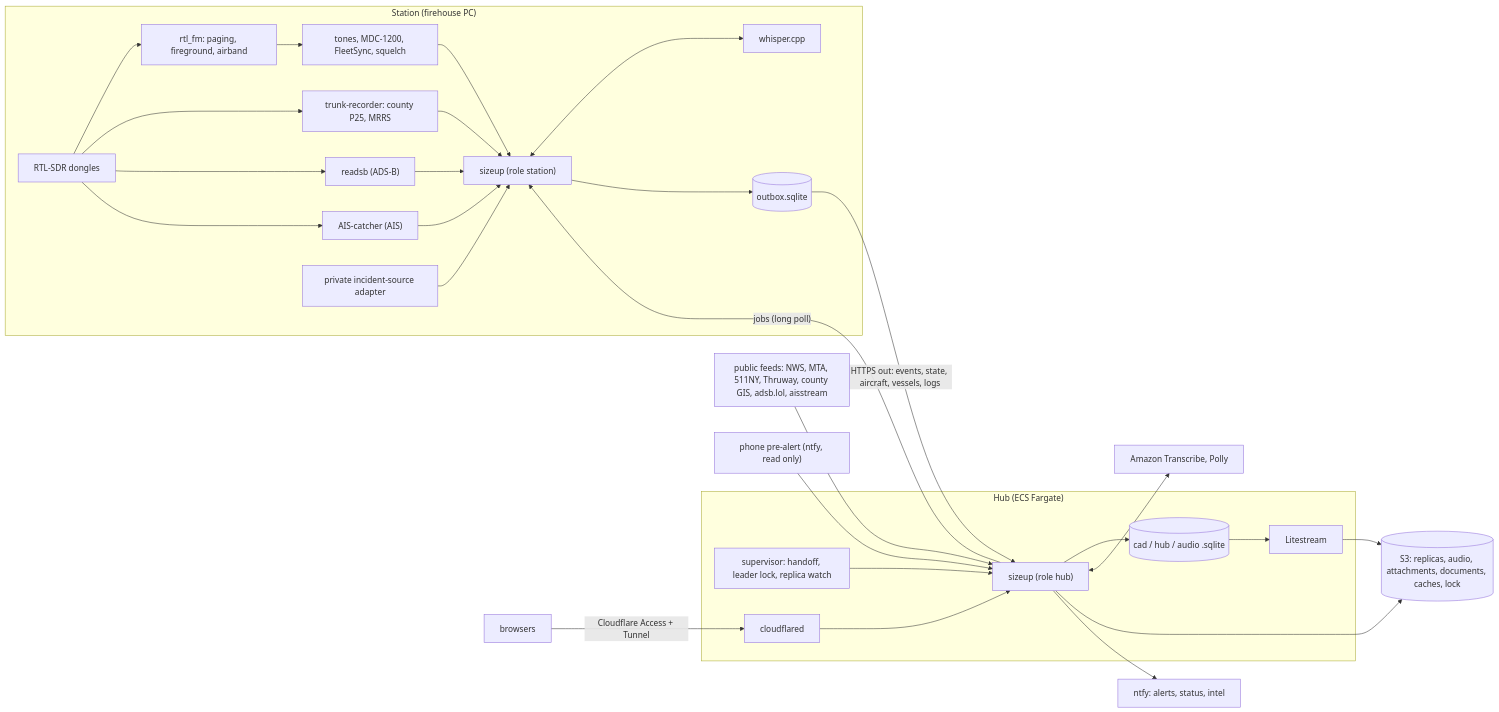
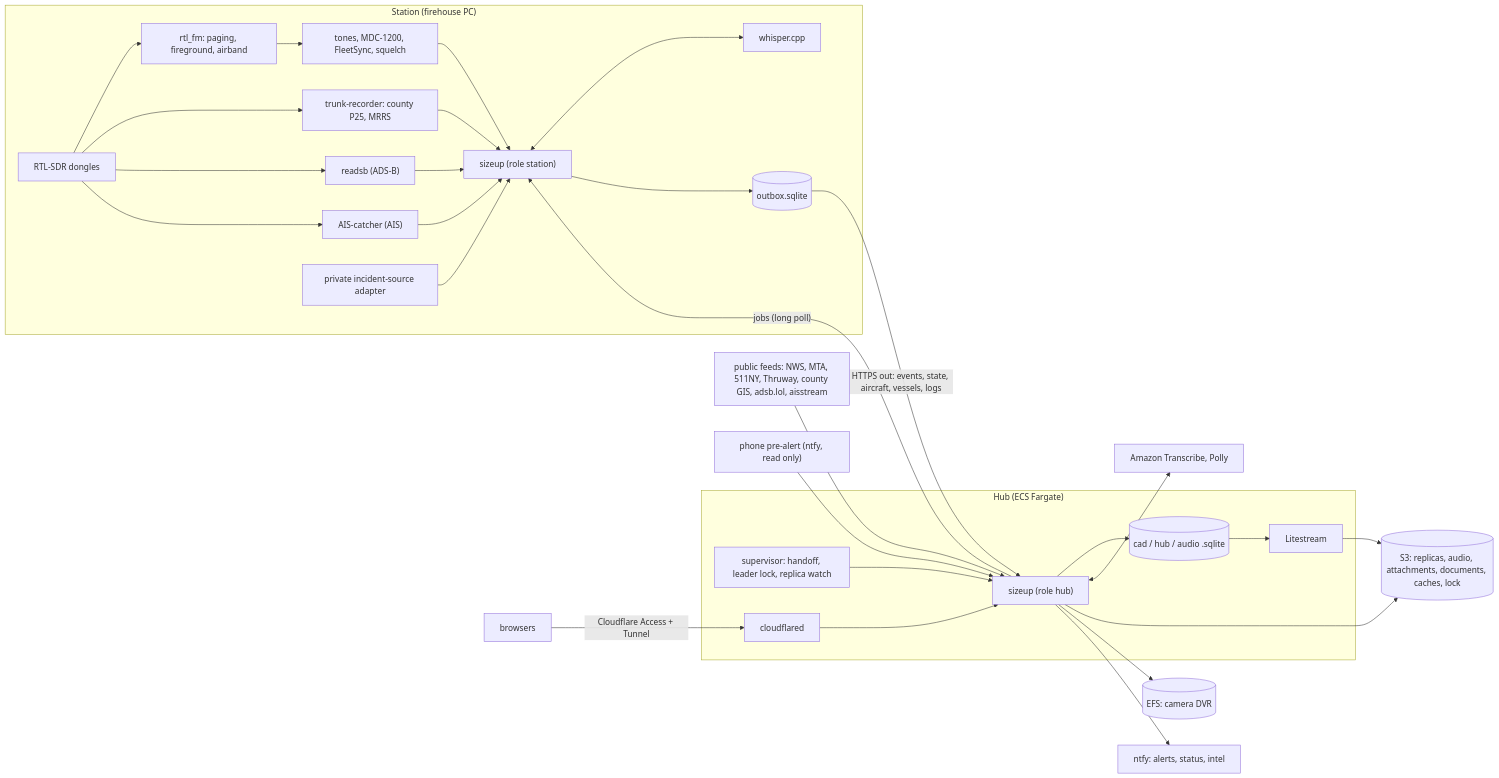
One commit to actualsecurity/sizeup changed the diagram in docs/architecture.md. Above: the diagram before and after it, drawn with Mermaid. The commit also changed other lines of this file and 6 other files, not shown here.

First line of the commit message:
Docs review fixes: what is enforced where, the adapter password from the hub, EFS, the roadmap against GitHub

````diff
--- a/docs/architecture.md
+++ b/docs/architecture.md
@@ -25,32 +25,33 @@
 ```mermaid
 flowchart LR
   subgraph Station["Station (firehouse PC)"]
     SDR["RTL-SDR dongles"] --> FM["rtl_fm: paging, fireground, airband"]
     SDR --> TR["trunk-recorder: county P25, MRRS"]
     SDR --> ADSB["readsb (ADS-B)"]
     SDR --> AIS["AIS-catcher (AIS)"]
     FM --> DEC["tones, MDC-1200, FleetSync, squelch"]
     DEC --> SAPP["sizeup (role station)"]
     TR --> SAPP
     SAPP <--> WH["whisper.cpp"]
     ADP["private incident-source adapter"] --> SAPP
     SAPP --> OUT[("outbox.sqlite")]
   end
   subgraph Hub["Hub (ECS Fargate)"]
     SUP["supervisor: handoff, leader lock, replica watch"] --> HAPP["sizeup (role hub)"]
     HAPP --> DB[("cad / hub / audio .sqlite")]
     DB --> LS["Litestream"]
     CF["cloudflared"]
   end
   OUT -- "HTTPS out: events, state, aircraft, vessels, logs" --> HAPP
   HAPP -- "jobs (long poll)" --> SAPP
   ADSB --> SAPP
   AIS --> SAPP
   HAPP <--> AWS["Amazon Transcribe, Polly"]
   LS --> S3[("S3: replicas, audio, attachments, documents, caches, lock")]
   HAPP --> S3
+  HAPP --> EFS[("EFS: camera DVR")]
   HAPP --> NTFY["ntfy: alerts, status, intel"]
   FEEDS["public feeds: NWS, MTA, 511NY, Thruway, county GIS, adsb.lol, aisstream"] --> HAPP
   PHONE["phone pre-alert (ntfy, read only)"] --> HAPP
   People["browsers"] -- "Cloudflare Access + Tunnel" --> CF --> HAPP
 ```
````
